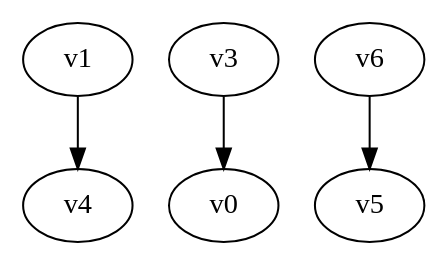
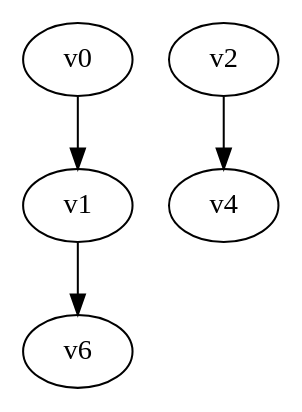
Before and after one commit to yadej/graph_project: the diagram in digraph.dot, drawn with Graphviz. The commit also changed 3 other files, not shown here.

```diff
--- a/digraph.dot
+++ b/digraph.dot
@@ -1,5 +1,4 @@
 digraph G { 
-v1 -> v4;
-v3 -> v0;
-v6 -> v5;
+v0 -> v1 -> v6;
+v2 -> v4;
 }
```
